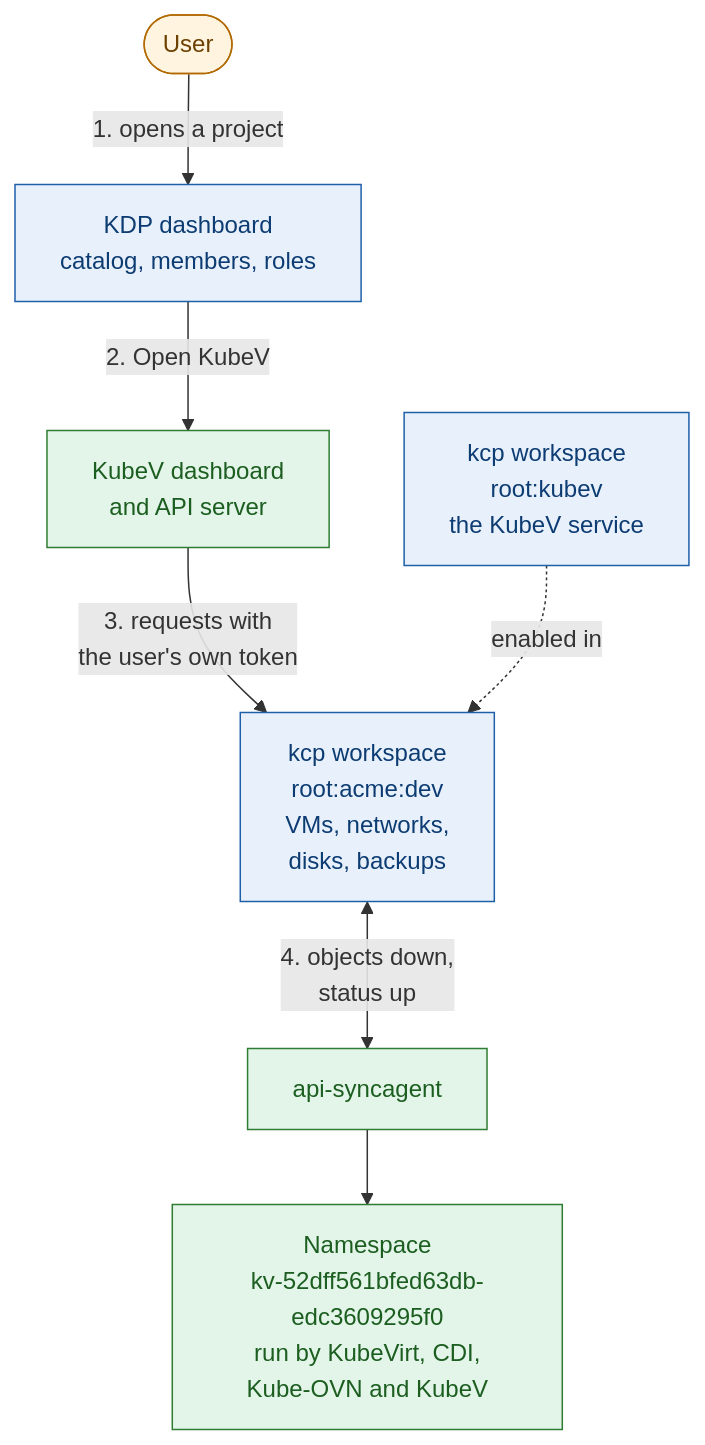
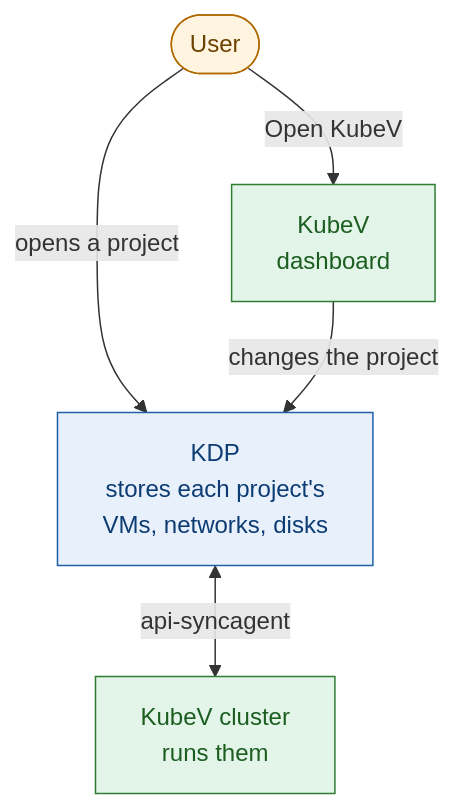
The diagram in content/kubermatic-virtualization/main/kdp-integration/_index.en.md (kubermatic/docs), drawn with Mermaid before and after one commit. The commit also changed 1 other file, not shown here.

Commit message:
Simplify the overview diagram and explain nested mode's manual work
The overview diagram now shows only the user, KDP, the KubeV dashboard and
the KubeV cluster; How It Works keeps the detailed one. The nested guide
lists what you set up by hand, exposing KDP, load balancing, DNS and
certificates, and says the next release makes nested mode production ready.

````diff
--- a/content/kubermatic-virtualization/main/kdp-integration/_index.en.md
+++ b/content/kubermatic-virtualization/main/kdp-integration/_index.en.md
@@ -12,24 +12,19 @@
 ```mermaid
 flowchart TB
   user(["User"])
-  kdpui["KDP dashboard<br/>catalog, members, roles"]
-  provider["kcp workspace<br/>root:kubev<br/>the KubeV service"]
-  project["kcp workspace<br/>root:acme:dev<br/>VMs, networks,<br/>disks, backups"]
-  kubevui["KubeV dashboard<br/>and API server"]
-  agent["api-syncagent"]
-  ns["Namespace<br/>kv-52dff561bfed63db-edc3609295f0<br/>run by KubeVirt, CDI,<br/>Kube-OVN and KubeV"]
+  kdp["KDP<br/>stores each project's<br/>VMs, networks, disks"]
+  kubev["KubeV<br/>dashboard"]
+  cluster["KubeV cluster<br/>runs them"]
 
-  user -->|"1. opens a project"| kdpui
-  kdpui -->|"2. Open KubeV"| kubevui
-  kubevui -->|"3. requests with<br/>the user's own token"| project
-  provider -.->|"enabled in"| project
-  project <-->|"4. objects down,<br/>status up"| agent
-  agent --> ns
+  user -->|"opens a project"| kdp
+  user -->|"Open KubeV"| kubev
+  kubev -->|"changes the project"| kdp
+  kdp <-->|"api-syncagent"| cluster
 
   classDef kdp fill:#e8f1fb,stroke:#1f5fa8,color:#0d3c73
   classDef kv fill:#e3f4e8,stroke:#2e7d32,color:#1b5e20
   classDef ext fill:#fff4e0,stroke:#b26a00,color:#6d4100
-  class kdpui,provider,project kdp
-  class kubevui,agent,ns kv
+  class kdp kdp
+  class kubev,cluster kv
   class user ext
 ```
````
